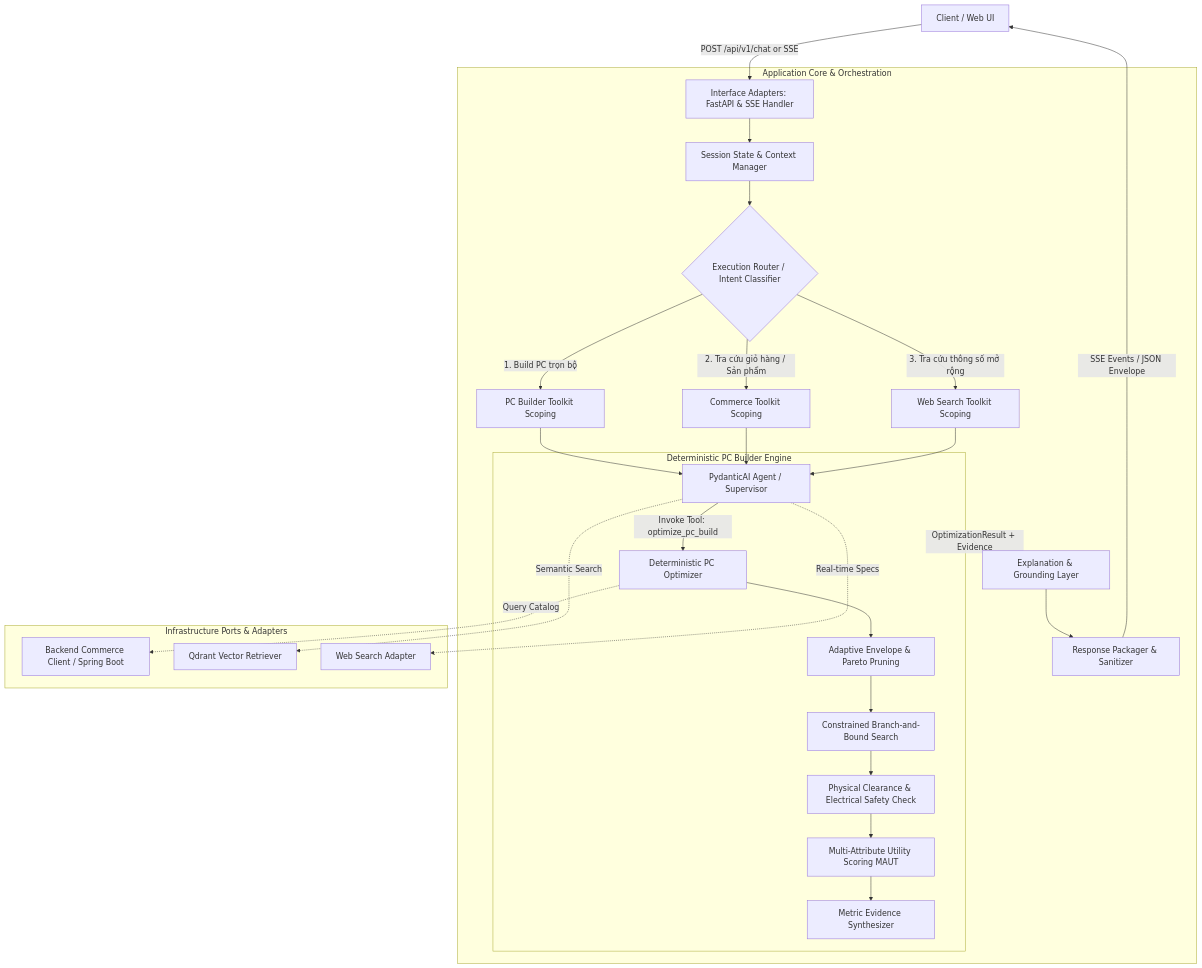
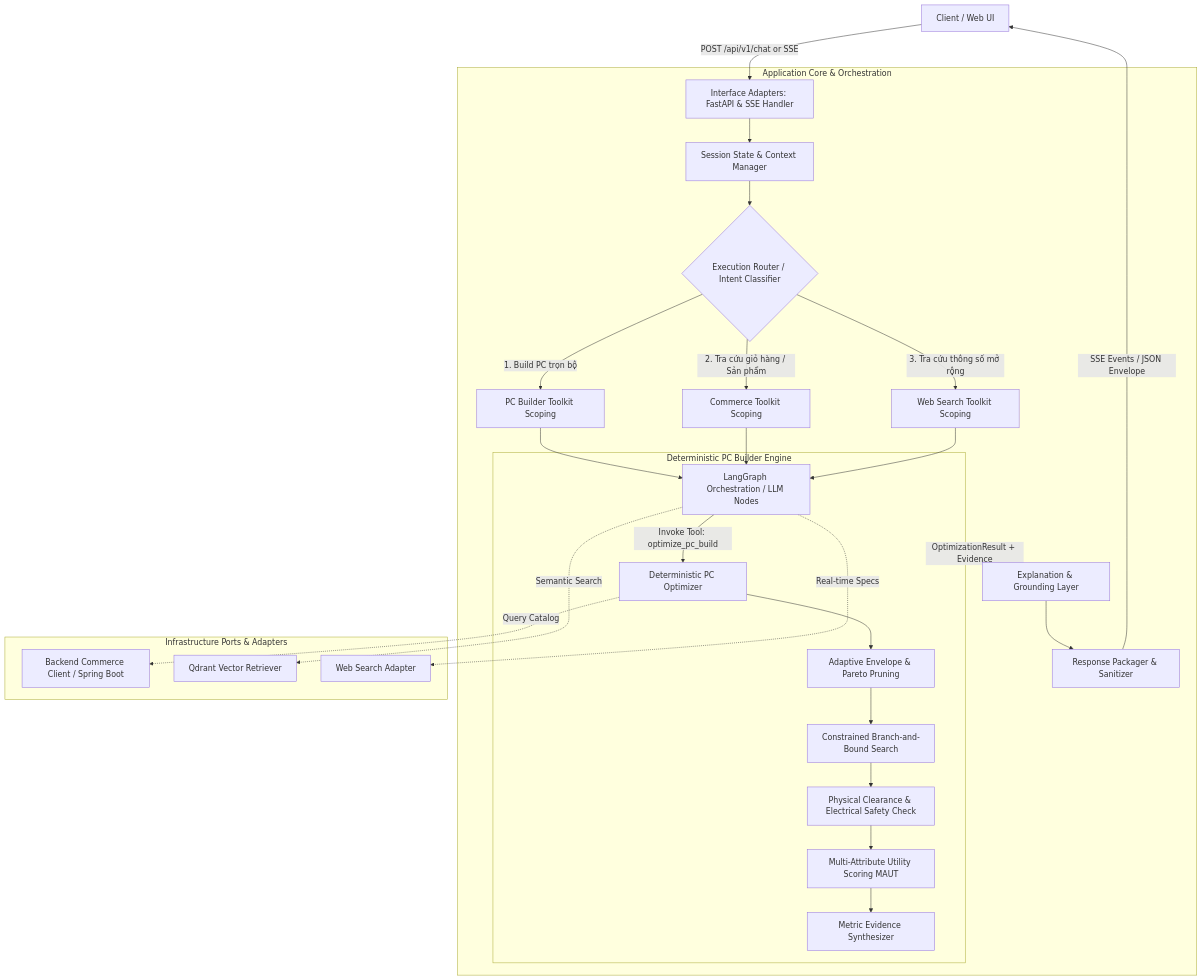
The diagram in ARCHITECTURE.md (pc-shopping-assistant-org/ai-service), drawn with Mermaid before and after one commit. The commit also changed other lines of this file and 54 other files, not shown here.

Commit message:
feat(ai): migrate graph runtime to LangGraph and implement stateful contracts baseline

````diff
--- a/ARCHITECTURE.md
+++ b/ARCHITECTURE.md
@@ -39,37 +57,37 @@
 ```mermaid
 flowchart TD
     Client[Client / Web UI] -->|POST /api/v1/chat or SSE| API[Interface Adapters: FastAPI & SSE Handler]
 
     subgraph AppCore [Application Core & Orchestration]
         API --> StateMgr[Session State & Context Manager]
         StateMgr --> Router{Execution Router / Intent Classifier}
 
         Router -->|1. Build PC trọn bộ| PC_Scope[PC Builder Toolkit Scoping]
         Router -->|2. Tra cứu giỏ hàng / Sản phẩm| Commerce_Scope[Commerce Toolkit Scoping]
         Router -->|3. Tra cứu thông số mở rộng| Search_Scope[Web Search Toolkit Scoping]
 
-        PC_Scope --> PydanticAI[PydanticAI Agent / Supervisor]
-        Commerce_Scope --> PydanticAI
-        Search_Scope --> PydanticAI
+        PC_Scope --> LangGraph[LangGraph Orchestration / LLM Nodes]
+        Commerce_Scope --> LangGraph
+        Search_Scope --> LangGraph
 
         subgraph DeterministicEngine [Deterministic PC Builder Engine]
-            PydanticAI -->|Invoke Tool: optimize_pc_build| OptimizerCore[Deterministic PC Optimizer]
+            LangGraph -->|Invoke Tool: optimize_pc_build| OptimizerCore[Deterministic PC Optimizer]
             OptimizerCore --> Pruning[Adaptive Envelope & Pareto Pruning]
             Pruning --> Enumerate[Constrained Branch-and-Bound Search]
             Enumerate --> PowerCheck[Physical Clearance & Electrical Safety Check]
             PowerCheck --> Scoring[Multi-Attribute Utility Scoring MAUT]
             Scoring --> FactualEvidence[Metric Evidence Synthesizer]
         end
 
         DeterministicEngine -->|OptimizationResult + Evidence| Explainer[Explanation & Grounding Layer]
         Explainer --> Packager[Response Packager & Sanitizer]
     end
 
     subgraph InfrastructureAdapters [Infrastructure Ports & Adapters]
         OptimizerCore -.->|Query Catalog| CommerceAdapter[Backend Commerce Client / Spring Boot]
-        PydanticAI -.->|Semantic Search| VectorAdapter[Qdrant Vector Retriever]
-        PydanticAI -.->|Real-time Specs| SearchAdapter[Web Search Adapter]
+        LangGraph -.->|Semantic Search| VectorAdapter[Qdrant Vector Retriever]
+        LangGraph -.->|Real-time Specs| SearchAdapter[Web Search Adapter]
     end
 
     Packager -->|SSE Events / JSON Envelope| Client
 ```
````
